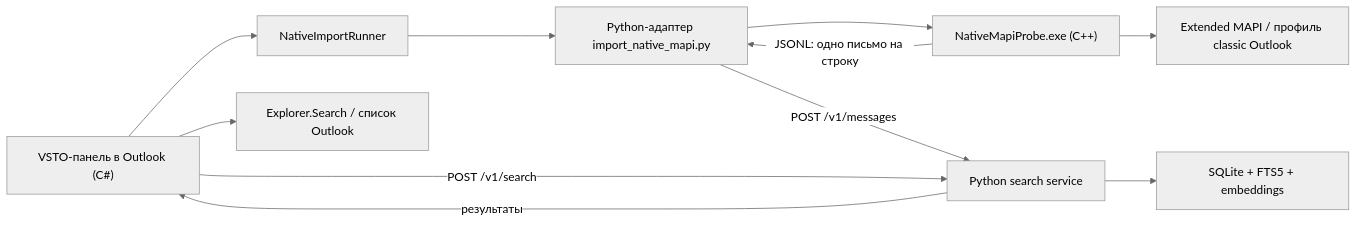
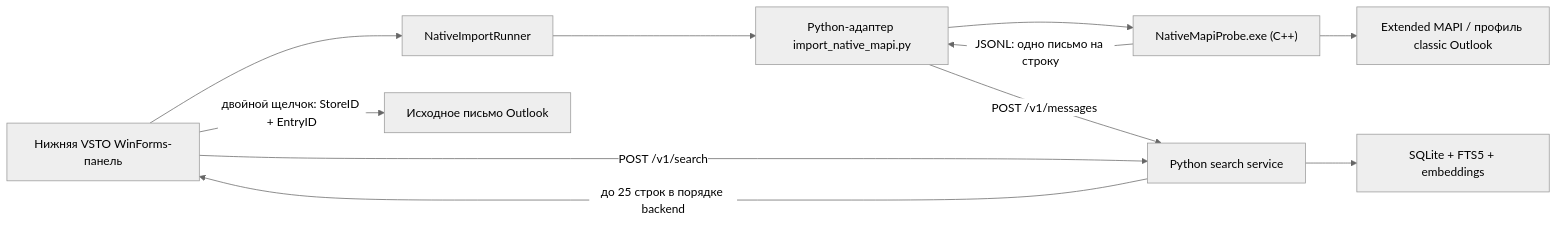
The diagram in docs/ARCHITECTURE_AND_MAPI.md (vladikMSU/RAGSearch), drawn with Mermaid (neutral theme) before and after one commit. The commit also changed other lines of this file and 8 other files, not shown here.

````diff
--- a/docs/ARCHITECTURE_AND_MAPI.md
+++ b/docs/ARCHITECTURE_AND_MAPI.md
@@ -21,13 +21,13 @@
 ```mermaid
 flowchart LR
-    UI["VSTO-панель в Outlook (C#)"] --> R["NativeImportRunner"]
+    UI["Нижняя VSTO WinForms-панель"] --> R["NativeImportRunner"]
     R --> A["Python-адаптер import_native_mapi.py"]
     A --> N["NativeMapiProbe.exe (C++)"]
     N --> M["Extended MAPI / профиль classic Outlook"]
     N -- "JSONL: одно письмо на строку" --> A
     A -- "POST /v1/messages" --> S["Python search service"]
     S --> DB["SQLite + FTS5 + embeddings"]
     UI -- "POST /v1/search" --> S
-    S -- "результаты" --> UI
-    UI --> V["Explorer.Search / список Outlook"]
+    S -- "до 25 строк в порядке backend" --> UI
+    UI -- "двойной щелчок: StoreID + EntryID" --> O["Исходное письмо Outlook"]
 ```
````
